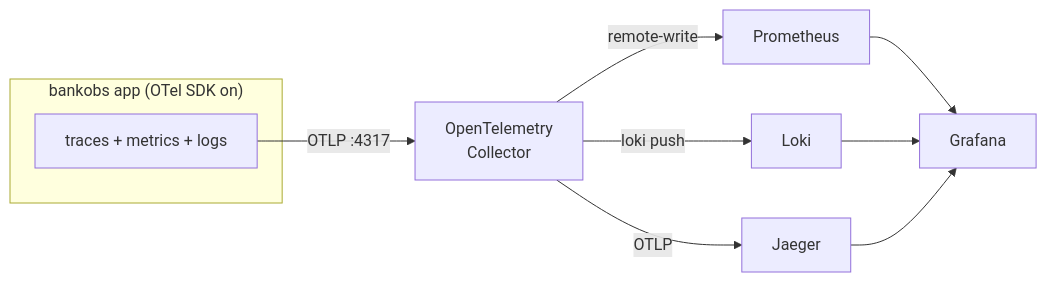
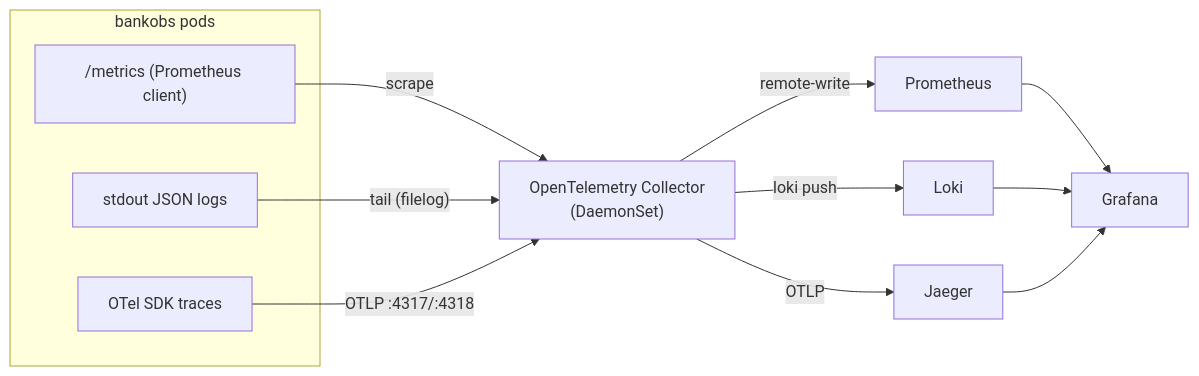
Before and after one commit to obs-v1/student-practice: the diagram in OTEL/README.md, drawn with Mermaid. The commit also changed other lines of this file and 15 other files, not shown here.

````diff
--- a/OTEL/README.md
+++ b/OTEL/README.md
@@ -11,13 +9,13 @@
 ```mermaid
 flowchart LR
-  subgraph app["bankobs app (OTel SDK on)"]
-    A["traces + metrics + logs"]
+  subgraph app["bankobs pods"]
+    M["/metrics (Prometheus client)"]; L["stdout JSON logs"]; T["OTel SDK traces"]
   end
-  A -- "OTLP :4317" --> C["OpenTelemetry\nCollector"]
-  C -- "remote-write" --> P["Prometheus"]
-  C -- "loki push" --> L["Loki"]
-  C -- "OTLP" --> J["Jaeger"]
-  P --> G["Grafana"]
-  L --> G
-  J --> G
+  M -- scrape --> C["OpenTelemetry Collector\n(DaemonSet)"]
+  L -- "tail (filelog)" --> C
+  T -- "OTLP :4317/:4318" --> C
+  C -- remote-write --> P["Prometheus"]
+  C -- "loki push" --> K["Loki"]
+  C -- OTLP --> J["Jaeger"]
+  P --> G["Grafana"]; K --> G; J --> G
 ```
````
